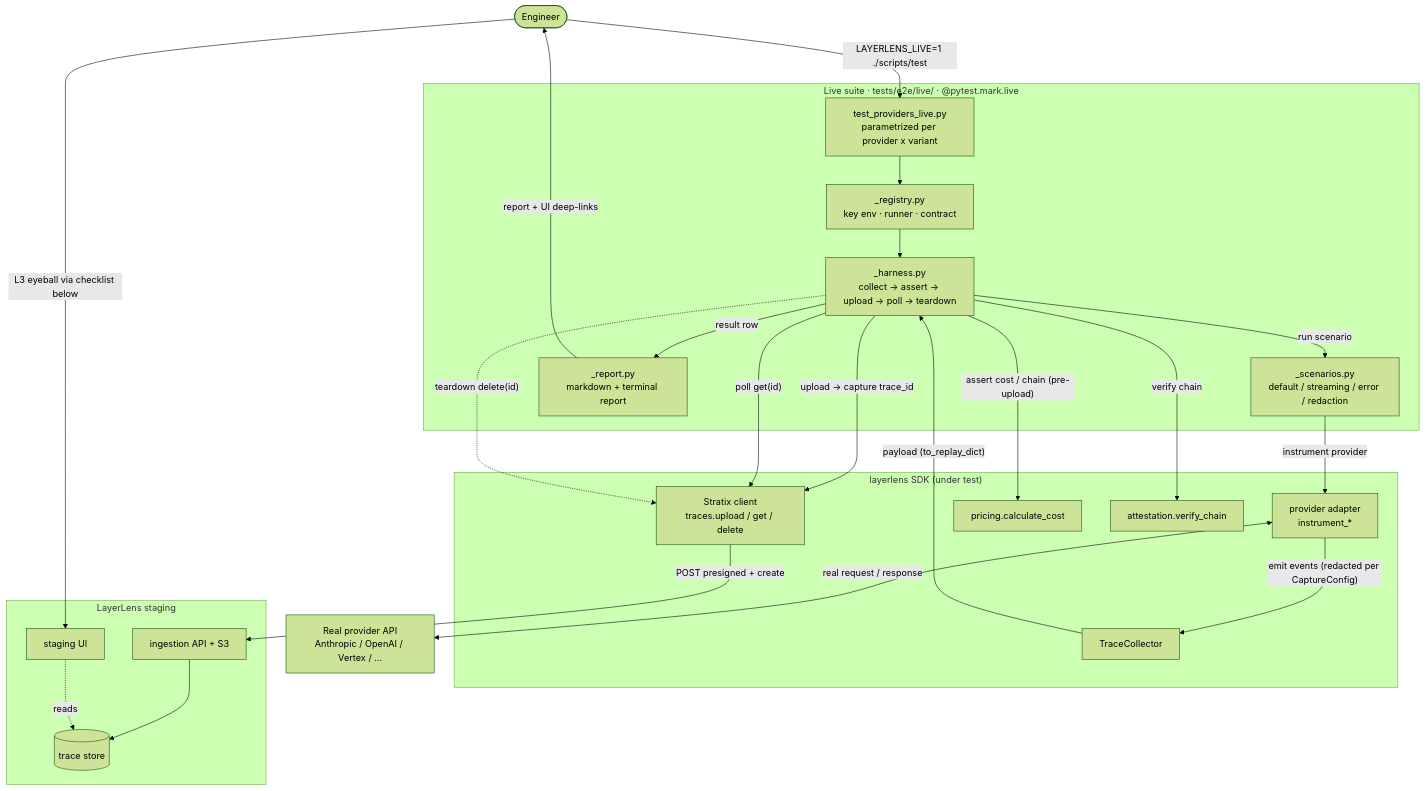
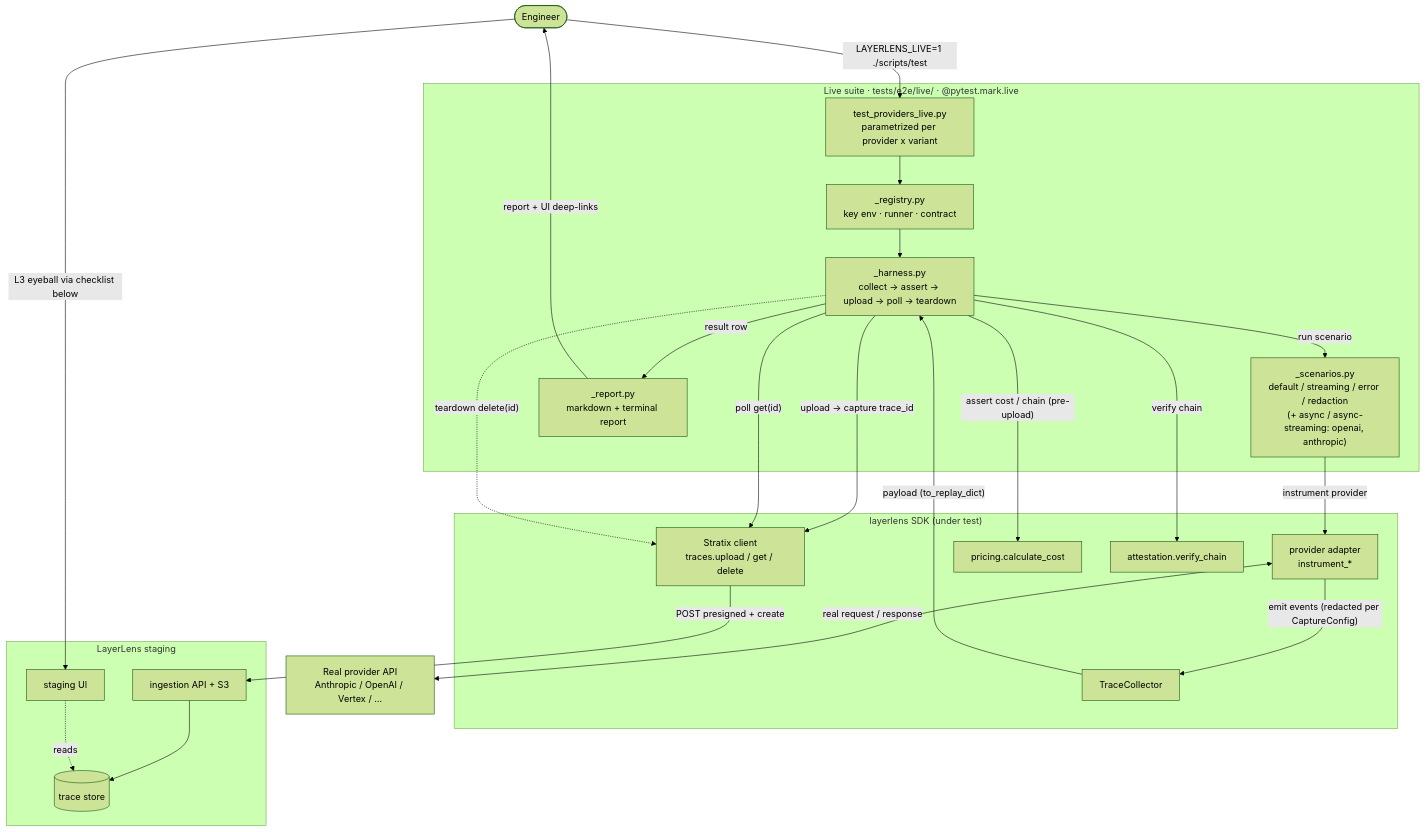
One commit to LayerLens/stratix-python changed the diagram in tests/e2e/live/README.md. Above: the diagram before and after it, drawn with Mermaid (forest theme). The commit also changed other lines of this file and 20 other files, not shown here.

First line of the commit message:
test(instrument): schema lock, registry pins, credential-gated doubles, live variants (T9+T11+T8+T12) (#14)

````diff
--- a/tests/e2e/live/README.md
+++ b/tests/e2e/live/README.md
@@ -17,46 +17,46 @@
 ```mermaid
 flowchart TD
     Eng(["Engineer"])
 
     subgraph Suite["Live suite · tests/e2e/live/ · @pytest.mark.live"]
         TP["test_providers_live.py<br/>parametrized per provider x variant"]
         REG["_registry.py<br/>key env · runner · contract"]
         HAR["_harness.py<br/>collect → assert → upload → poll → teardown"]
-        SCN["_scenarios.py<br/>default / streaming / error / redaction"]
+        SCN["_scenarios.py<br/>default / streaming / error / redaction<br/>(+ async / async-streaming: openai, anthropic)"]
         REP["_report.py<br/>markdown + terminal report"]
     end
 
     subgraph SDK["layerlens SDK (under test)"]
         ADP["provider adapter<br/>instrument_*"]
         COL["TraceCollector"]
         CLI["Stratix client<br/>traces.upload / get / delete"]
         PRC["pricing.calculate_cost"]
         ATT["attestation.verify_chain"]
     end
 
     PAPI["Real provider API<br/>Anthropic / OpenAI / Vertex / …"]
 
     subgraph LL["LayerLens staging"]
         ING["ingestion API + S3"]
         DB[("trace store")]
         UI["staging UI"]
     end
 
     Eng -->|"LAYERLENS_LIVE=1 ./scripts/test"| TP
     TP --> REG --> HAR
     HAR -->|"run scenario"| SCN
     SCN -->|"instrument provider"| ADP
     ADP <-->|"real request / response"| PAPI
     ADP -->|"emit events (redacted per CaptureConfig)"| COL
     COL -->|"payload (to_replay_dict)"| HAR
     HAR -->|"assert cost / chain (pre-upload)"| PRC
     HAR -->|"verify chain"| ATT
     HAR -->|"upload → capture trace_id"| CLI
     CLI -->|"POST presigned + create"| ING --> DB
     HAR -->|"poll get(id)"| CLI
     HAR -.->|"teardown delete(id)"| CLI
     HAR -->|"result row"| REP
     REP -->|"report + UI deep-links"| Eng
     Eng -->|"L3 eyeball via checklist below"| UI
     UI -.->|"reads"| DB
 ```
````
